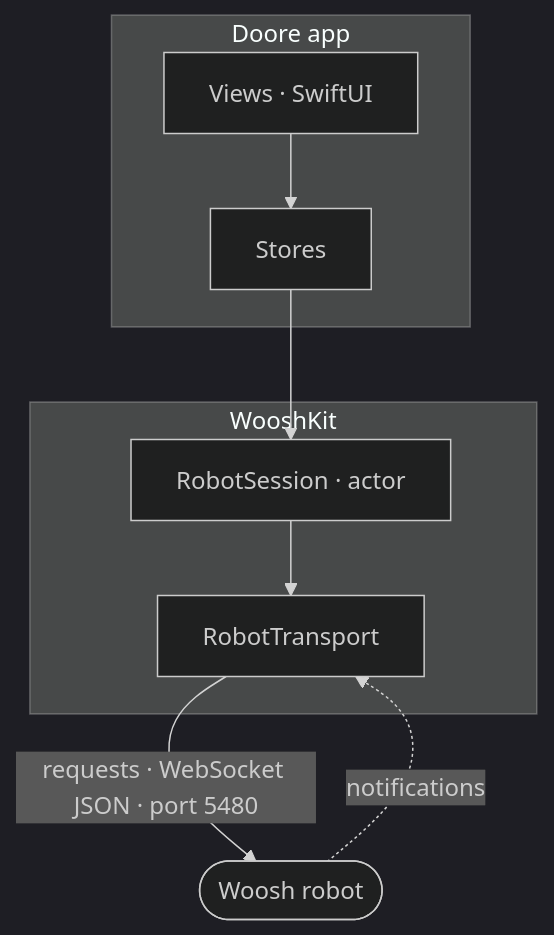
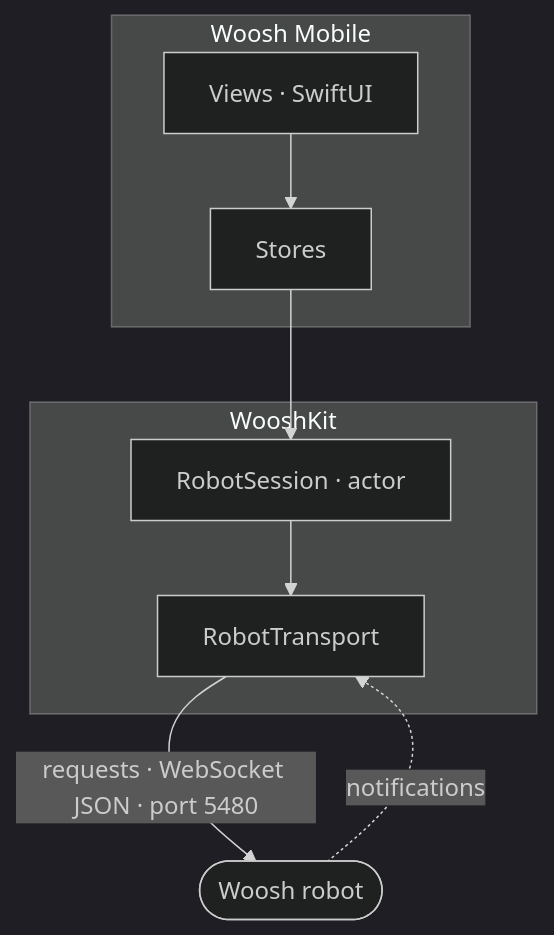
One commit to scorpion1201/doore changed the diagram in README.md. Above: the diagram before and after it, drawn with Mermaid (dark theme). The commit also changed other lines of this file and 177 other files, not shown here.

Commit message:
feat: add Woosh Mobile for iPhone, iPad, and Mac

````diff
--- a/README.md
+++ b/README.md
@@ -115,12 +126,12 @@
 ```mermaid
 flowchart TB
-    subgraph app["Doore app"]
+    subgraph app["Woosh Mobile"]
         views["Views · SwiftUI"] --> stores["Stores"]
     end
     subgraph kit["WooshKit"]
         session["RobotSession · actor"] --> transport["RobotTransport"]
     end
     stores --> session
     transport -- "requests · WebSocket JSON · port 5480" --> robot(["Woosh robot"])
     robot -. "notifications" .-> transport
 ```
````
